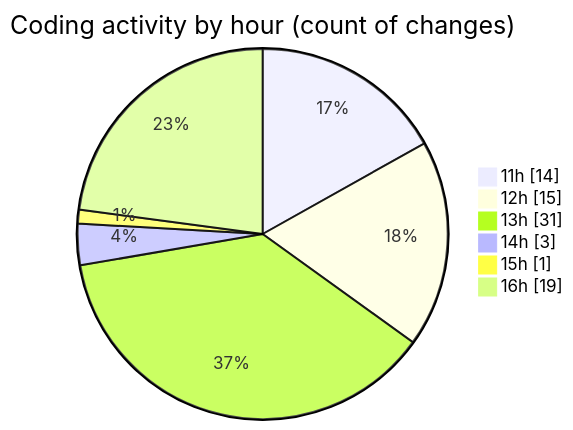
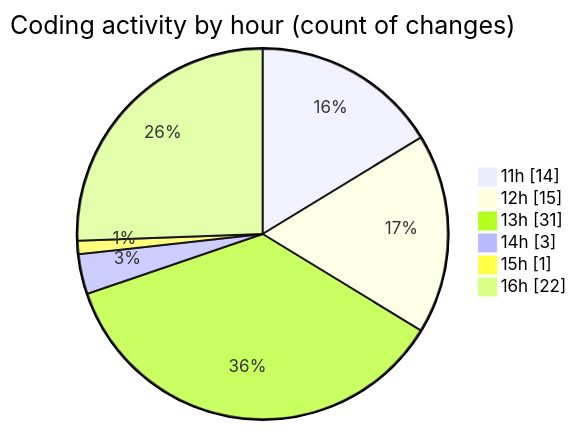
The second of 2 diagrams in 2025-07-09/argos/README.md (nxtqubesakshisongat/code-tracking), drawn with Mermaid before and after one commit. The commit also changed other lines of this file and 1 other file, not shown here.

````diff
--- a/2025-07-09/argos/README.md
+++ b/2025-07-09/argos/README.md
@@ -35,10 +35,10 @@
 ```mermaid
 pie showData
 title Coding activity by hour (count of changes)
 "11h" : 14
 "12h" : 15
 "13h" : 31
 "14h" : 3
 "15h" : 1
-"16h" : 19
+"16h" : 22
 ```
````
